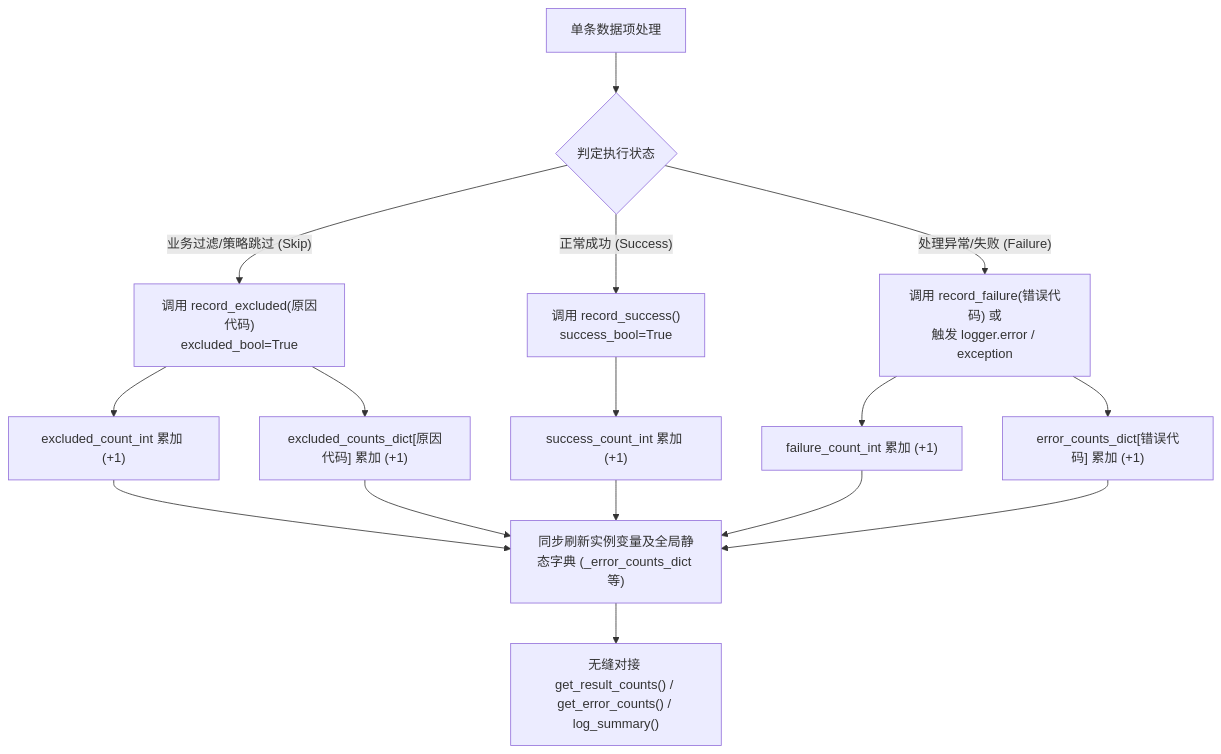
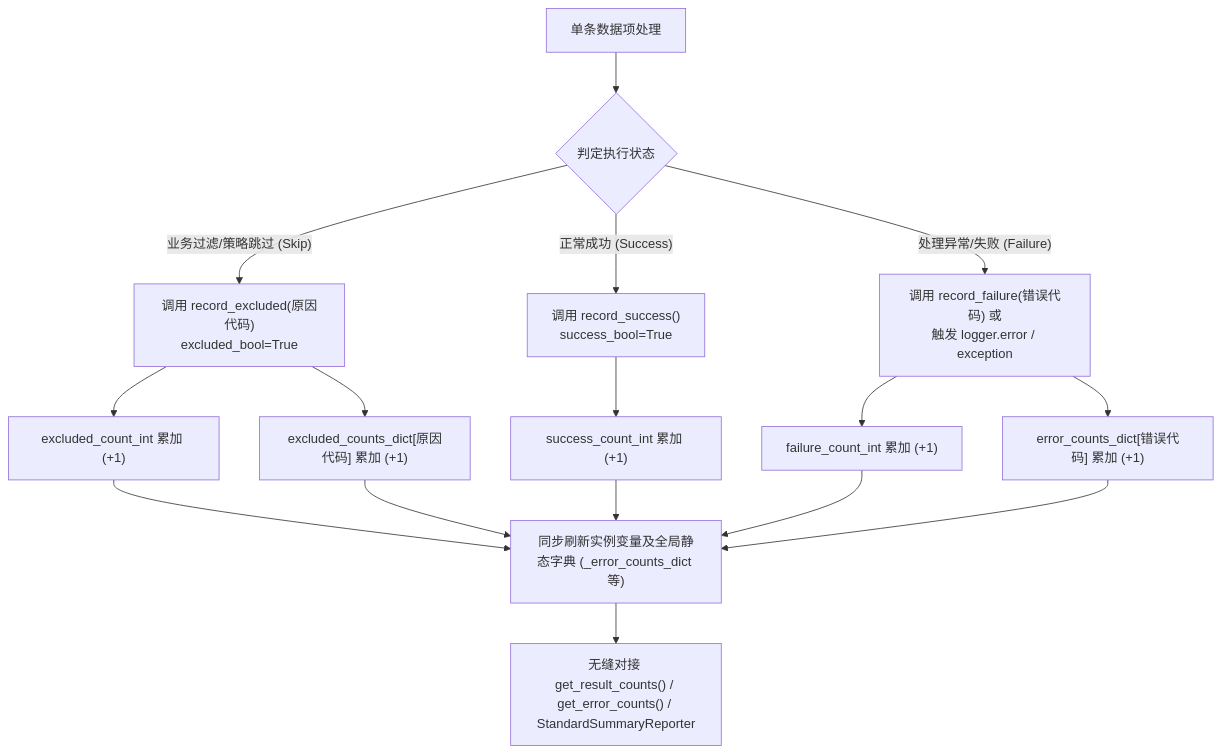
The diagram in manual/zh/logger/04_execution_result_and_error_tracking_zh.md (kampores/agent_common), drawn with Mermaid before and after one commit. The commit also changed other lines of this file and 49 other files, not shown here.

````diff
--- a/manual/zh/logger/04_execution_result_and_error_tracking_zh.md
+++ b/manual/zh/logger/04_execution_result_and_error_tracking_zh.md
@@ -28,22 +28,22 @@
 ```mermaid
 flowchart TD
     A["单条数据项处理"] --> B{"判定执行状态"}
     
     B -->|"业务过滤/策略跳过 (Skip)"| C["调用 record_excluded(原因代码)<br/>excluded_bool=True"]
     C --> C1["excluded_count_int 累加 (+1)"]
     C --> C2["excluded_counts_dict[原因代码] 累加 (+1)"]
     
     B -->|"正常成功 (Success)"| D["调用 record_success()<br/>success_bool=True"]
     D --> D1["success_count_int 累加 (+1)"]
     
     B -->|"处理异常/失败 (Failure)"| E["调用 record_failure(错误代码) 或<br/>触发 logger.error / exception"]
     E --> E1["failure_count_int 累加 (+1)"]
     E --> E2["error_counts_dict[错误代码] 累加 (+1)"]
     
     C1 --> F["同步刷新实例变量及全局静态字典 (_error_counts_dict 等)"]
     C2 --> F
     D1 --> F
     E1 --> F
     E2 --> F
-    F --> G["无缝对接 get_result_counts() / get_error_counts() / log_summary()"]
+    F --> G["无缝对接 get_result_counts() / get_error_counts() / StandardSummaryReporter"]
 ```
````
